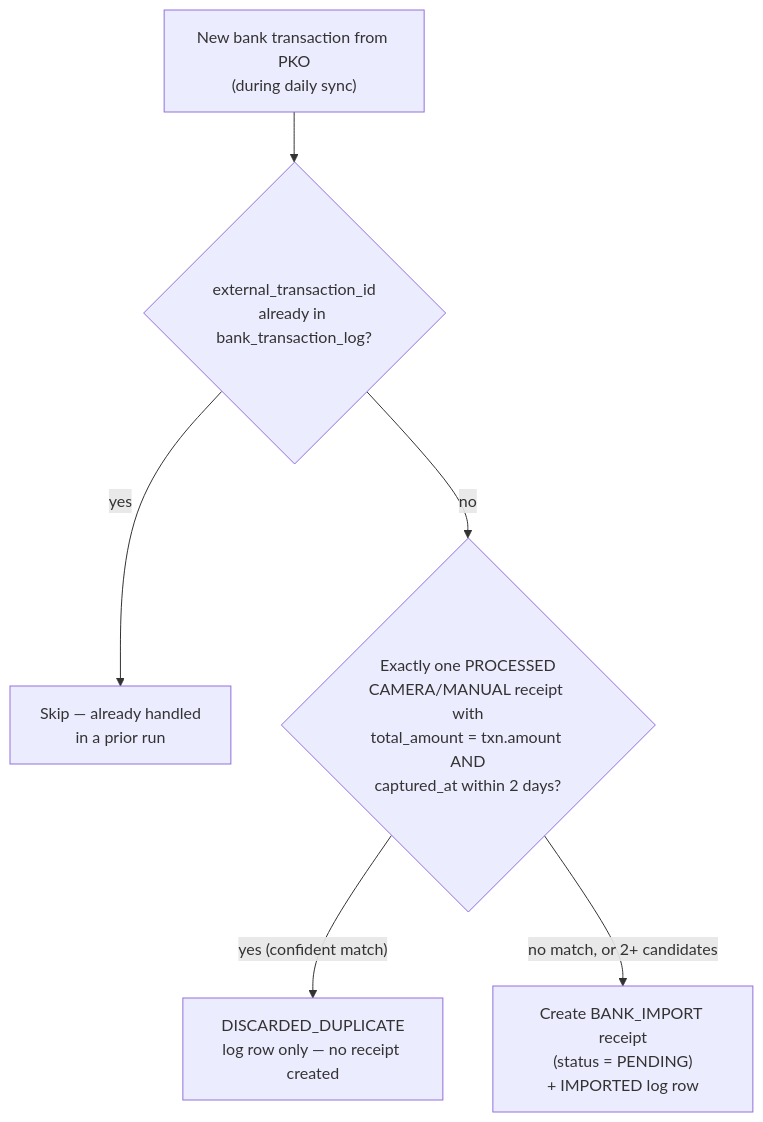
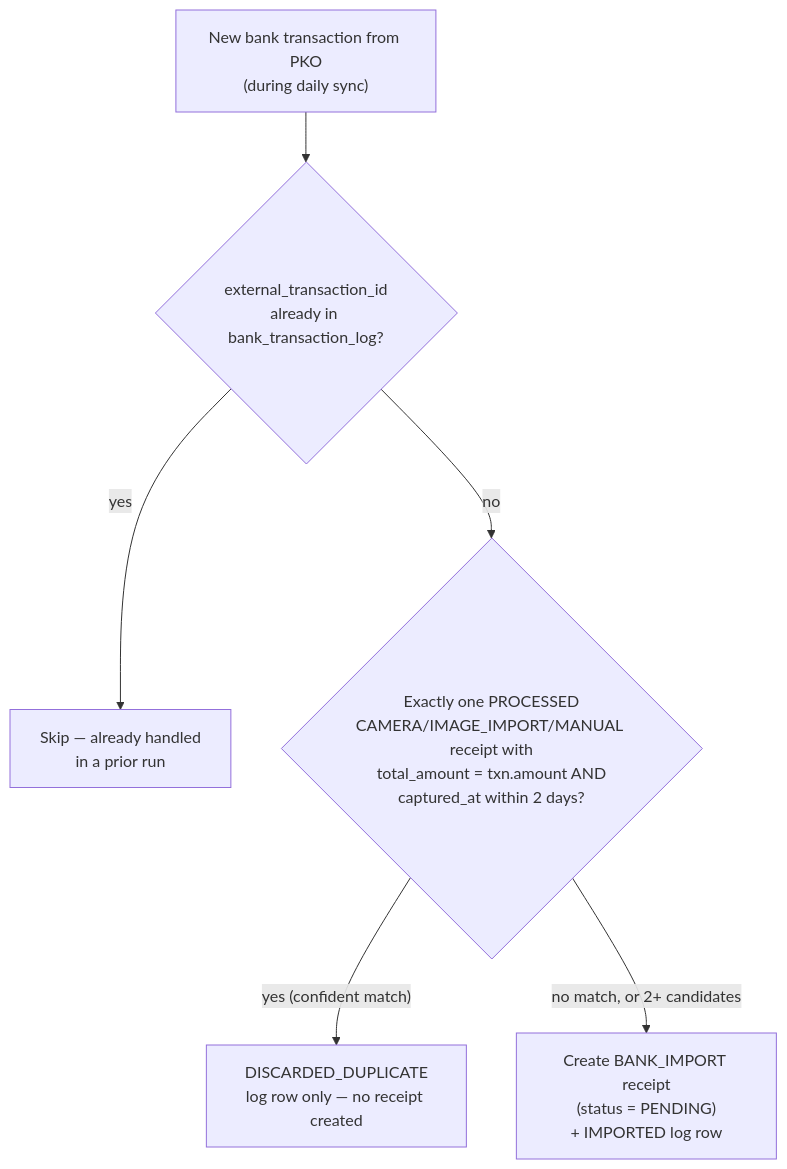
The second of 5 diagrams in docs/architecture/06-bank-integration.md (emicon123/receipts), drawn with Mermaid before and after one commit. The commit also changed other lines of this file and 10 other files, not shown here.

First line of the commit message:
docs(arch): IMAGE_IMPORT source contract (ADR-014)

````diff
--- a/docs/architecture/06-bank-integration.md
+++ b/docs/architecture/06-bank-integration.md
@@ -222,8 +227,8 @@
 ```mermaid
 flowchart TD
     A["New bank transaction from PKO<br/>(during daily sync)"] --> B{"external_transaction_id<br/>already in bank_transaction_log?"}
     B -- yes --> Z["Skip — already handled<br/>in a prior run"]
-    B -- no --> C{"Exactly one PROCESSED<br/>CAMERA/MANUAL receipt with<br/>total_amount = txn.amount AND<br/>captured_at within 2 days?"}
+    B -- no --> C{"Exactly one PROCESSED<br/>CAMERA/IMAGE_IMPORT/MANUAL receipt with<br/>total_amount = txn.amount AND<br/>captured_at within 2 days?"}
     C -- "yes (confident match)" --> D["DISCARDED_DUPLICATE<br/>log row only — no receipt created"]
     C -- "no match, or 2+ candidates" --> E["Create BANK_IMPORT receipt<br/>(status = PENDING)<br/>+ IMPORTED log row"]
 ```
````
